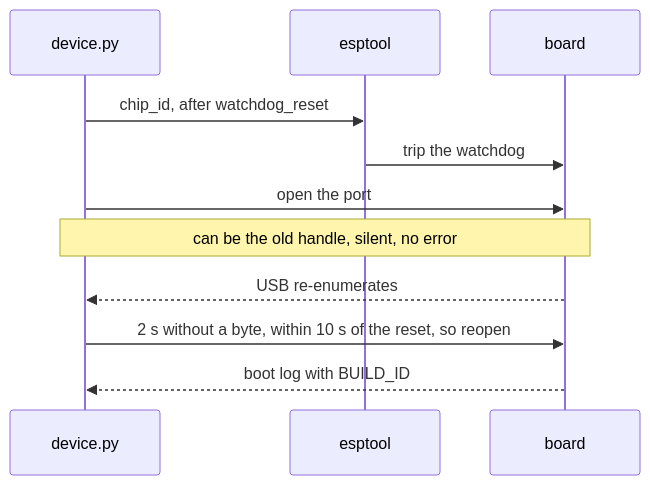
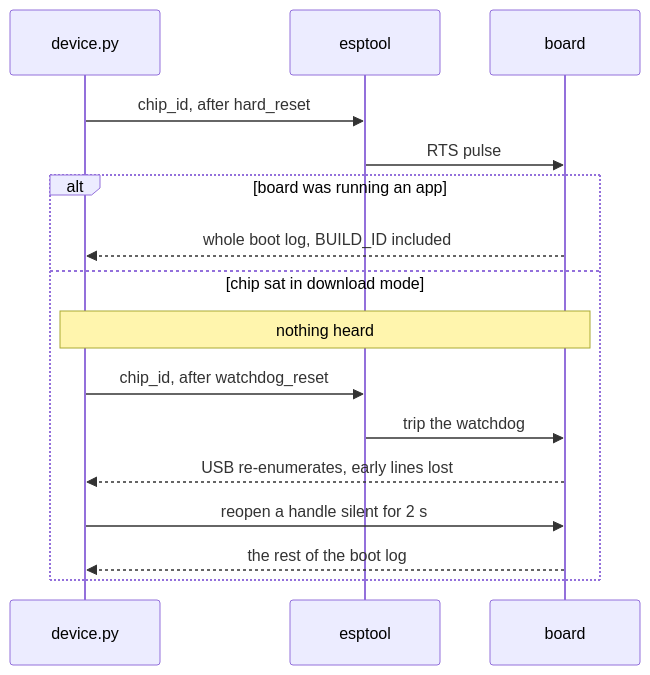
One commit to jose-villegas/autana changed the diagram in docs/notes/Flashing-and-Toolchain.md. Above: the diagram before and after it, drawn with Mermaid. The commit also changed other lines of this file and 2 other files, not shown here.

First line of the commit message:
device: RTS first, the watchdog only for a board that stays silent

````diff
--- a/docs/notes/Flashing-and-Toolchain.md
+++ b/docs/notes/Flashing-and-Toolchain.md
@@ -66,13 +70,18 @@
 ```mermaid
 sequenceDiagram
     participant Dev as device.py
     participant Esp as esptool
     participant Board as board
-    Dev->>Esp: chip_id, after watchdog_reset
-    Esp->>Board: trip the watchdog
-    Dev->>Board: open the port
-    Note over Dev,Board: can be the old handle, silent, no error
-    Board-->>Dev: USB re-enumerates
-    Dev->>Board: 2 s without a byte, within 10 s of the reset, so reopen
-    Board-->>Dev: boot log with BUILD_ID
+    Dev->>Esp: chip_id, after hard_reset
+    Esp->>Board: RTS pulse
+    alt board was running an app
+        Board-->>Dev: whole boot log, BUILD_ID included
+    else chip sat in download mode
+        Note over Dev,Board: nothing heard
+        Dev->>Esp: chip_id, after watchdog_reset
+        Esp->>Board: trip the watchdog
+        Board-->>Dev: USB re-enumerates, early lines lost
+        Dev->>Board: reopen a handle silent for 2 s
+        Board-->>Dev: the rest of the boot log
+    end
 ```
````
